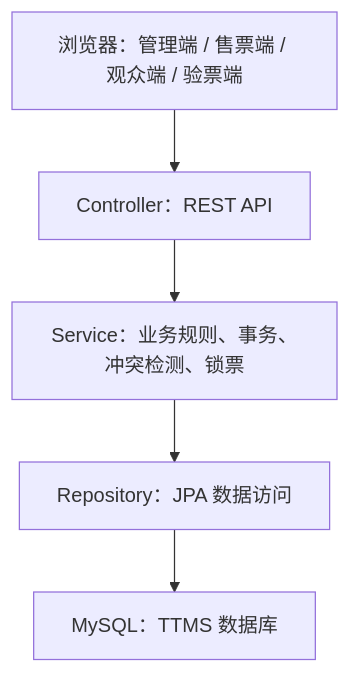
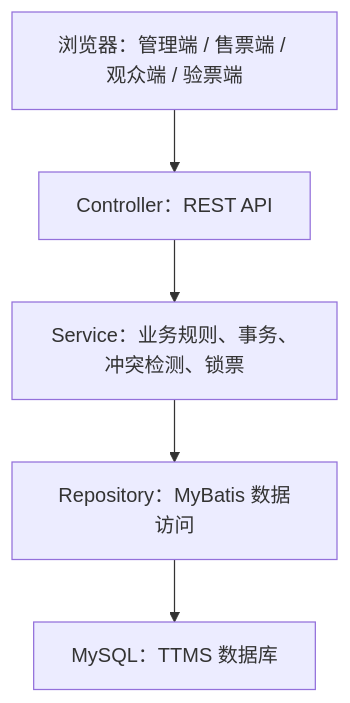
One commit to lenler/TTMS_XUPT changed the diagram in ttms/docs/architecture.md. Above: the diagram before and after it, drawn with Mermaid. The commit also changed other lines of this file and 18 other files, not shown here.

````diff
--- a/ttms/docs/architecture.md
+++ b/ttms/docs/architecture.md
@@ -40,10 +40,10 @@
 ```mermaid
 flowchart TD
   Browser["浏览器：管理端 / 售票端 / 观众端 / 验票端"]
   Controller["Controller：REST API"]
   Service["Service：业务规则、事务、冲突检测、锁票"]
-  Repository["Repository：JPA 数据访问"]
+  Repository["Repository：MyBatis 数据访问"]
   DB["MySQL：TTMS 数据库"]
 
   Browser --> Controller --> Service --> Repository --> DB
 ```
````
